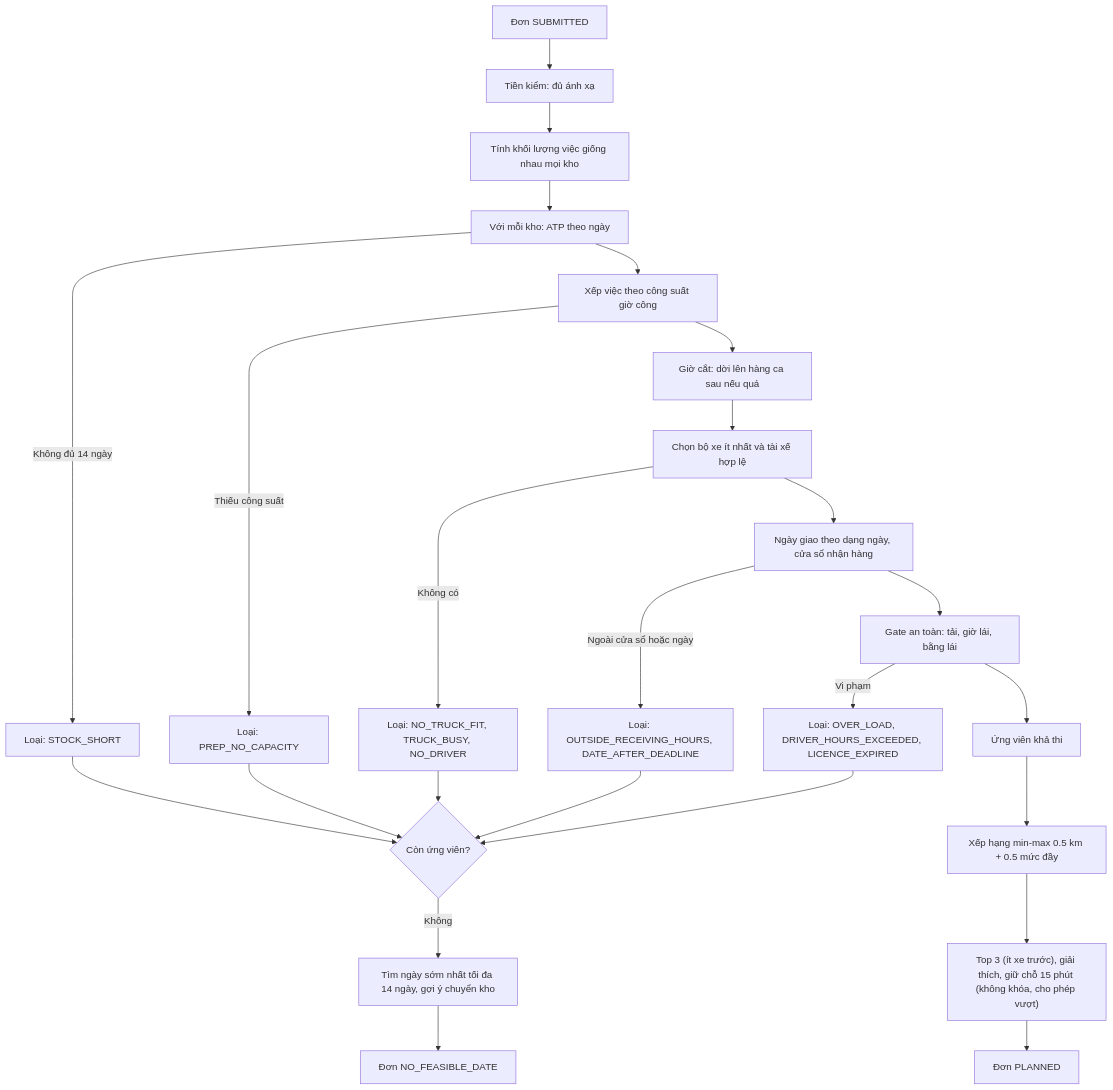
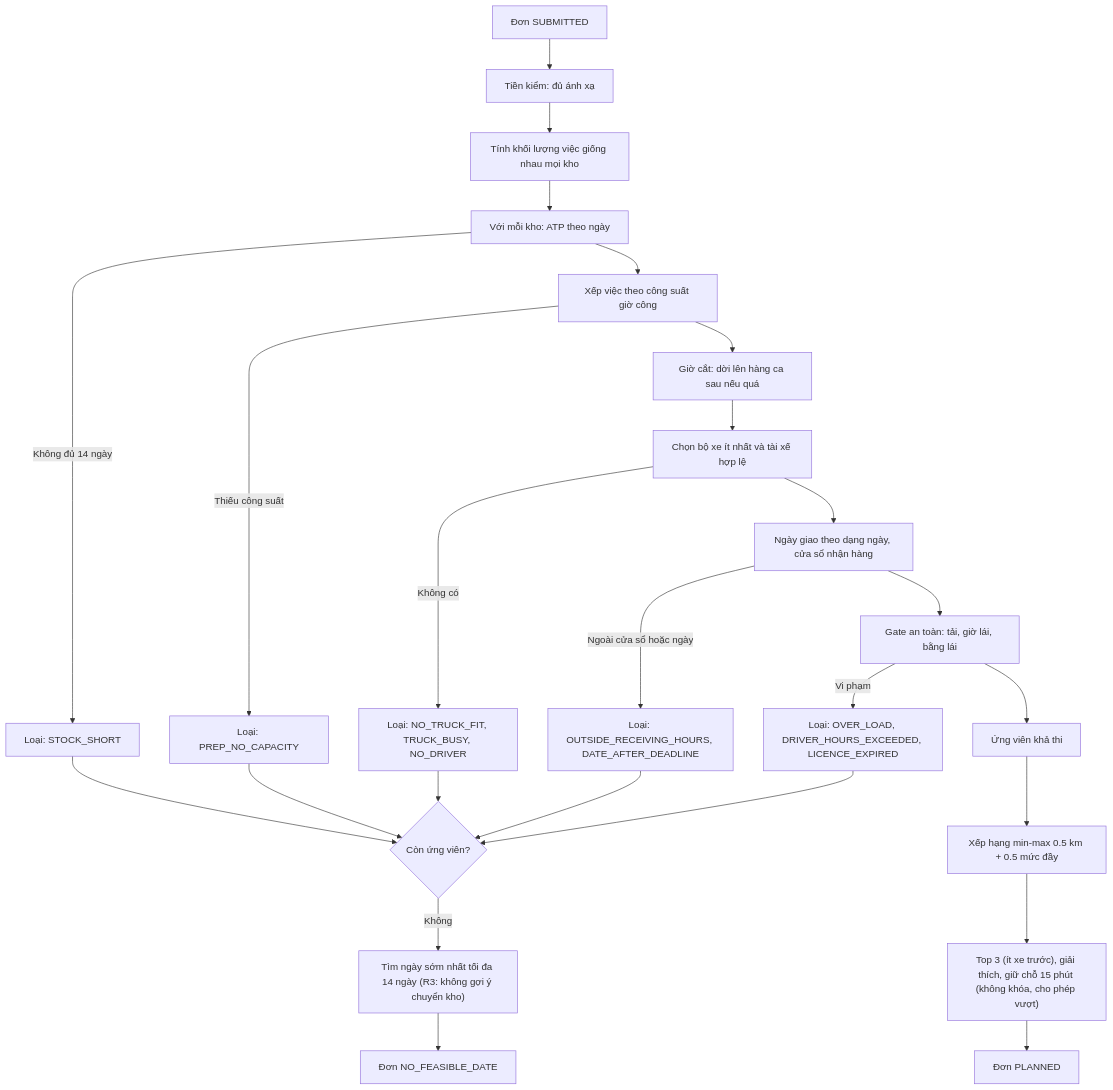
One commit to qaztyhn/cfo-itconsultant changed the fourth of 14 diagrams in docs/07_User_Flows.md. Above: the diagram before and after it, drawn with Mermaid. The commit also changed other lines of this file and 12 other files, not shown here.

````diff
--- a/docs/07_User_Flows.md
+++ b/docs/07_User_Flows.md
@@ -101,27 +101,27 @@
 ```mermaid
 flowchart TD
   A["Đơn SUBMITTED"] --> B["Tiền kiểm: đủ ánh xạ"]
   B --> C["Tính khối lượng việc giống nhau mọi kho"]
   C --> D["Với mỗi kho: ATP theo ngày"]
   D -- "Không đủ 14 ngày" --> X1["Loại: STOCK_SHORT"]
   D --> E["Xếp việc theo công suất giờ công"]
   E -- "Thiếu công suất" --> X2["Loại: PREP_NO_CAPACITY"]
   E --> F["Giờ cắt: dời lên hàng ca sau nếu quá"]
   F --> G["Chọn bộ xe ít nhất và tài xế hợp lệ"]
   G -- "Không có" --> X3["Loại: NO_TRUCK_FIT, TRUCK_BUSY, NO_DRIVER"]
   G --> H["Ngày giao theo dạng ngày, cửa sổ nhận hàng"]
   H -- "Ngoài cửa sổ hoặc ngày" --> X4["Loại: OUTSIDE_RECEIVING_HOURS, DATE_AFTER_DEADLINE"]
   H --> I["Gate an toàn: tải, giờ lái, bằng lái"]
   I -- "Vi phạm" --> X5["Loại: OVER_LOAD, DRIVER_HOURS_EXCEEDED, LICENCE_EXPIRED"]
   I --> J["Ứng viên khả thi"]
   J --> K["Xếp hạng min-max 0.5 km + 0.5 mức đầy"]
   K --> L["Top 3 (ít xe trước), giải thích, giữ chỗ 15 phút (không khóa, cho phép vượt)"]
   L --> P["Đơn PLANNED"]
   X1 --> Z{"Còn ứng viên?"}
   X2 --> Z
   X3 --> Z
   X4 --> Z
   X5 --> Z
-  Z -- "Không" --> N["Tìm ngày sớm nhất tối đa 14 ngày, gợi ý chuyển kho"]
+  Z -- "Không" --> N["Tìm ngày sớm nhất tối đa 14 ngày (R3: không gợi ý chuyển kho)"]
   N --> Q["Đơn NO_FEASIBLE_DATE"]
 ```
````
